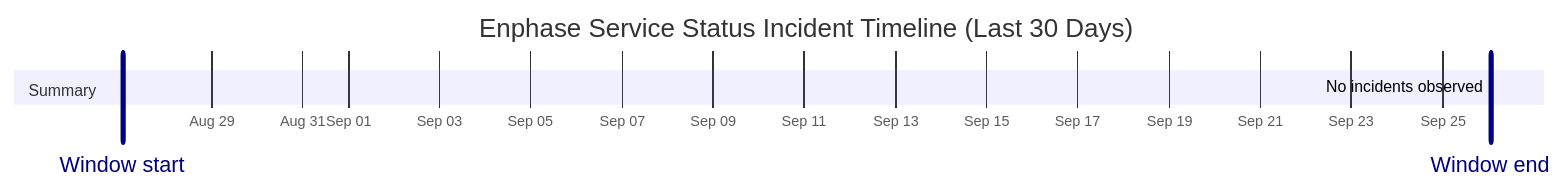
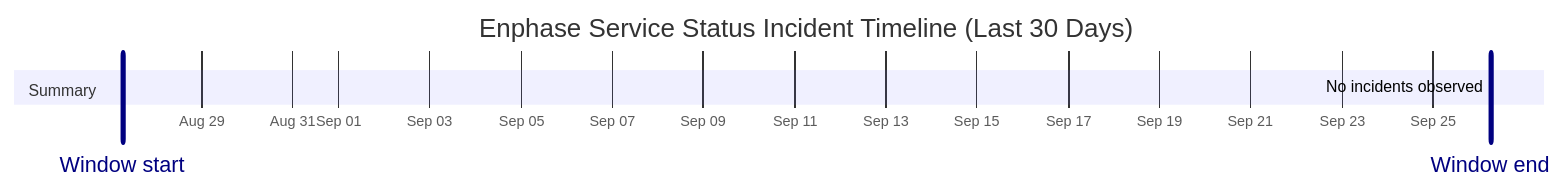
One commit to barneyonline/ha-enphase-energy changed the diagram in wiki/Service-Status-History.md. Above: the diagram before and after it, drawn with Mermaid. The commit also changed other lines of this file and 3 other files, not shown here.

````diff
--- a/wiki/Service-Status-History.md
+++ b/wiki/Service-Status-History.md
@@ -14,10 +14,10 @@
 ```mermaid
 gantt
     title Enphase Service Status Incident Timeline (Last 30 Days)
     dateFormat  YYYY-MM-DDTHH:mm:ss
     axisFormat  %b %d
-    Window start :vert, window-start, 2026-08-27T01:11:26, 0ms
-    Window end :vert, window-end, 2026-09-26T01:11:26, 0ms
+    Window start :vert, window-start, 2026-08-27T06:24:32, 0ms
+    Window end :vert, window-end, 2026-09-26T06:24:32, 0ms
     section Summary
-    No incidents observed :done, 2026-09-26T01:11:26, 1m
+    No incidents observed :done, 2026-09-26T06:24:32, 1m
 ```
````
